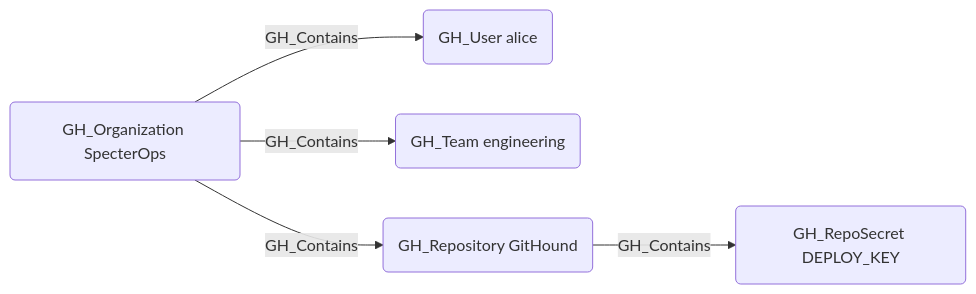
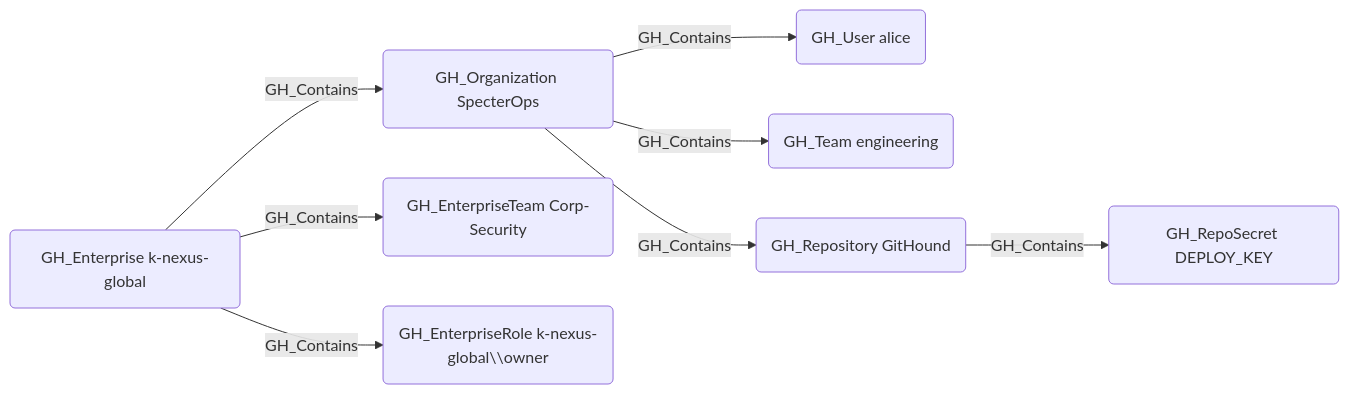
Before and after one commit to SpecterOps/GitHound: the diagram in Documentation/EdgeDescriptions/GH_Contains.md, drawn with Mermaid. The commit also changed other lines of this file and 6 other files, not shown here.

````diff
--- a/Documentation/EdgeDescriptions/GH_Contains.md
+++ b/Documentation/EdgeDescriptions/GH_Contains.md
@@ -12,12 +12,18 @@
 ```mermaid
 graph LR
+    ent("GH_Enterprise k-nexus-global")
     node1("GH_Organization SpecterOps")
     node2("GH_User alice")
     node3("GH_Team engineering")
     node4("GH_Repository GitHound")
     node5("GH_RepoSecret DEPLOY_KEY")
+    entTeam("GH_EnterpriseTeam Corp-Security")
+    entRole("GH_EnterpriseRole k-nexus-global\\owner")
+    ent -- GH_Contains --> node1
+    ent -- GH_Contains --> entTeam
+    ent -- GH_Contains --> entRole
     node1 -- GH_Contains --> node2
     node1 -- GH_Contains --> node3
     node1 -- GH_Contains --> node4
     node4 -- GH_Contains --> node5
 ```
````
